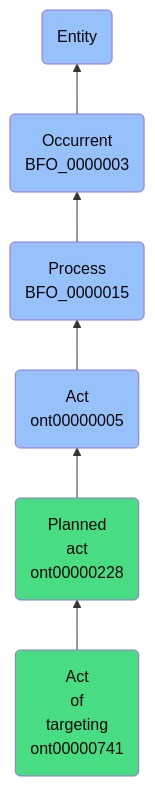
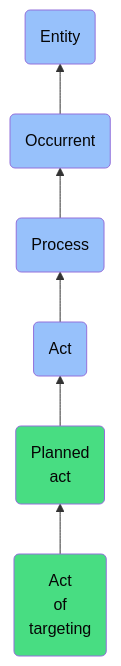
The diagram in docs/ontology/reference/model/Entity/Occurrent/Process/Act/Planned act/Act of targeting/Act of targeting.md (jupyter-naas/abi), drawn with Mermaid before and after one commit. The commit also changed other lines of this file and 1430 other files, not shown here.

````diff
--- a/docs/ontology/reference/model/Entity/Occurrent/Process/Act/Planned act/Act of targeting/Act of targeting.md
+++ b/docs/ontology/reference/model/Entity/Occurrent/Process/Act/Planned act/Act of targeting/Act of targeting.md
@@ -24,13 +24,13 @@
 ```mermaid
 graph BT
-    ont00000741(Act<br>of<br>targeting<br>ont00000741):::ABI-->ont00000228
-    ont00000228(Planned<br>act<br>ont00000228):::ABI-->ont00000005
-    ont00000005(Act<br>ont00000005):::BFO-->BFO_0000015
-    BFO_0000015(Process<br>BFO_0000015):::BFO-->BFO_0000003
-    BFO_0000003(Occurrent<br>BFO_0000003):::BFO-->BFO_0000001
+    ont00000741(Act<br>of<br>targeting):::ABI-->ont00000228
+    ont00000228(Planned<br>act):::ABI-->ont00000005
+    ont00000005(Act):::BFO-->BFO_0000015
+    BFO_0000015(Process):::BFO-->BFO_0000003
+    BFO_0000003(Occurrent):::BFO-->BFO_0000001
     BFO_0000001(Entity):::BFO
     
     classDef BFO fill:#97c1fb,color:#060606
     classDef CCO fill:#e4c51e,color:#060606
     classDef ABI fill:#48DD82,color:#060606
 ```
````
